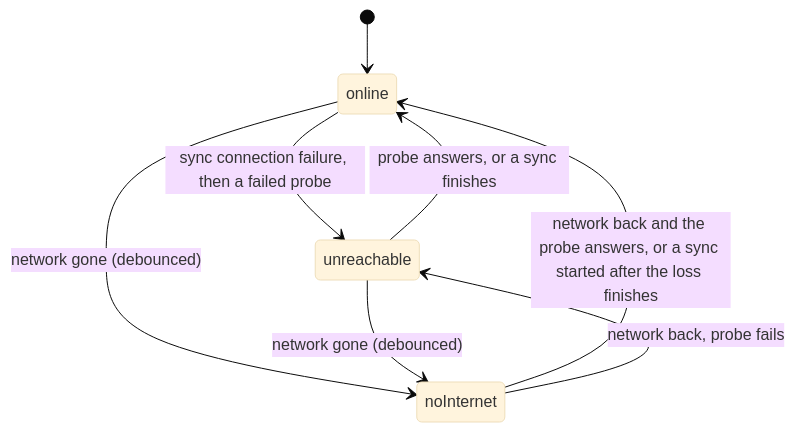
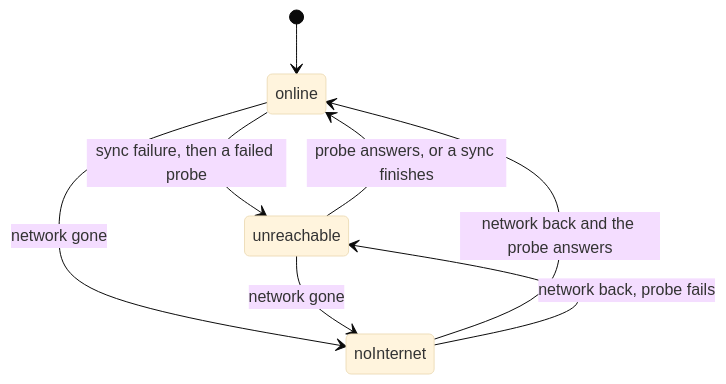
The third of 3 diagrams in docs/features/app-foundation.md (Zuno-Chat/zuno-chat), drawn with Mermaid (base theme) before and after one commit. The commit also changed other lines of this file and 17 other files, not shown here.

````diff
--- a/docs/features/app-foundation.md
+++ b/docs/features/app-foundation.md
@@ -285,10 +227,10 @@
 ```mermaid
 stateDiagram-v2
   [*] --> online
-  online --> unreachable: sync connection failure, then a failed probe
-  online --> noInternet: network gone (debounced)
-  unreachable --> noInternet: network gone (debounced)
+  online --> unreachable: sync failure, then a failed probe
+  online --> noInternet: network gone
+  unreachable --> noInternet: network gone
   unreachable --> online: probe answers, or a sync finishes
-  noInternet --> online: network back and the probe answers, or a sync started after the loss finishes
+  noInternet --> online: network back and the probe answers
   noInternet --> unreachable: network back, probe fails
 ```
````
